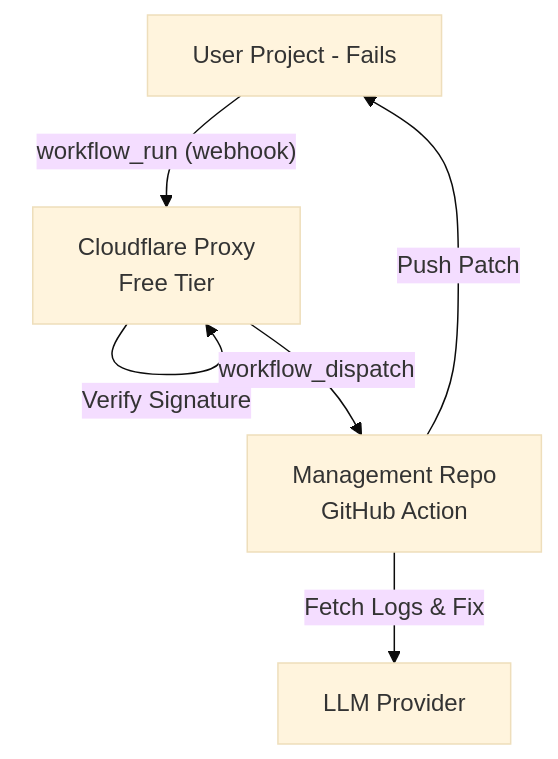
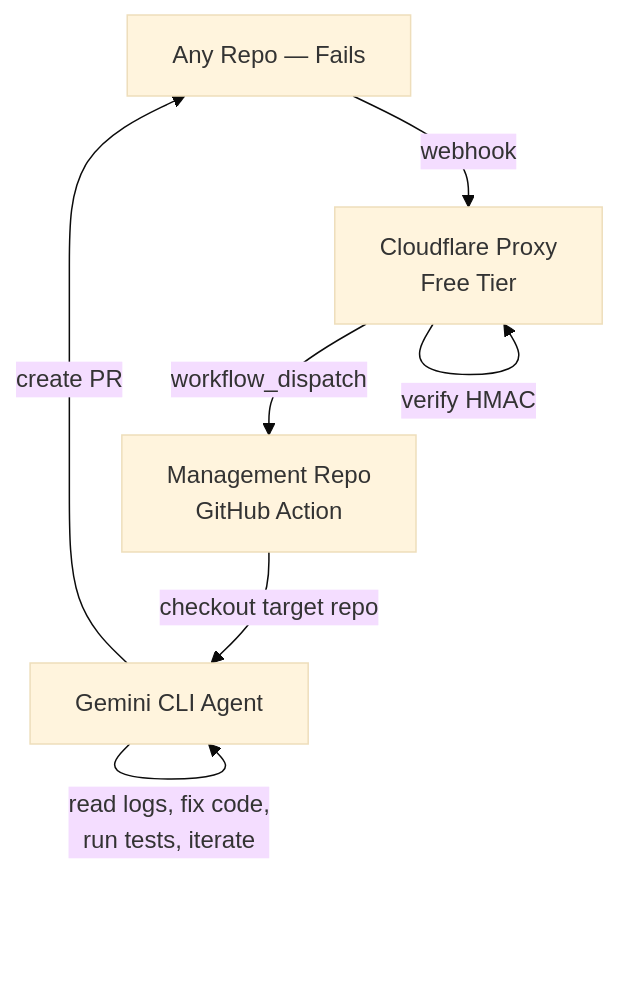
Before and after one commit to chirag127/github-actions-ai-auto-debugger: the diagram in README.md, drawn with Mermaid (base theme). The commit also changed other lines of this file and 1 other file, not shown here.

Commit message:
feat: add centralized AI debugger workflow and update documentation to reflect Gemini CLI integration

````diff
--- a/README.md
+++ b/README.md
@@ -14,8 +14,9 @@
 ```mermaid
 graph TD
-    RepoA[User Project - Fails] -- "workflow_run (webhook)" --> Proxy[Cloudflare Proxy<br/>Free Tier]
-    Proxy -- "Verify Signature" --> Proxy
-    Proxy -- "workflow_dispatch" --> CentralRepo[Management Repo<br/>GitHub Action]
-    CentralRepo -- "Fetch Logs & Fix" --> LLM[LLM Provider]
-    CentralRepo -- "Push Patch" --> RepoA
+    RepoA[Any Repo — Fails] -- "webhook" --> Proxy[Cloudflare Proxy<br/>Free Tier]
+    Proxy -- "verify HMAC" --> Proxy
+    Proxy -- "workflow_dispatch" --> Central[Management Repo<br/>GitHub Action]
+    Central -- "checkout target repo" --> Gemini[Gemini CLI Agent]
+    Gemini -- "read logs, fix code,<br/>run tests, iterate" --> Gemini
+    Gemini -- "create PR" --> RepoA
 ```
````
